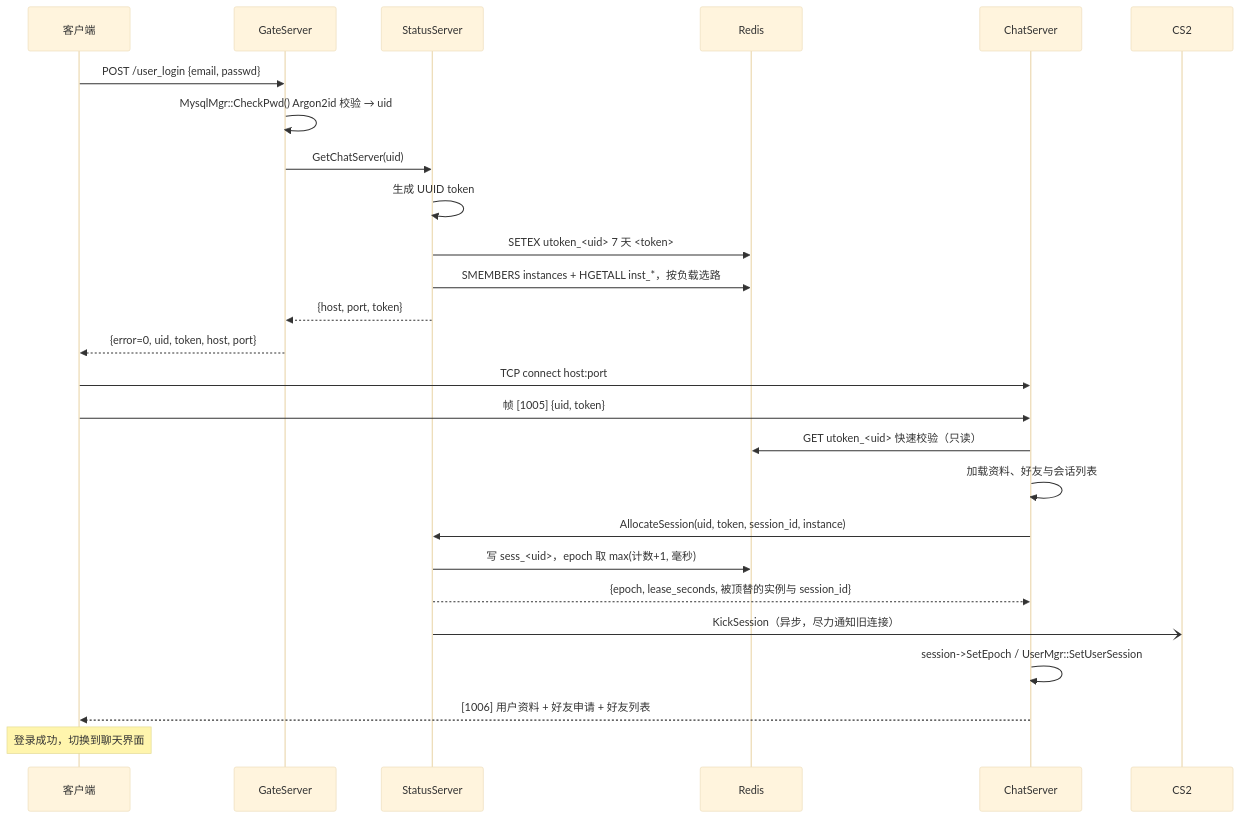
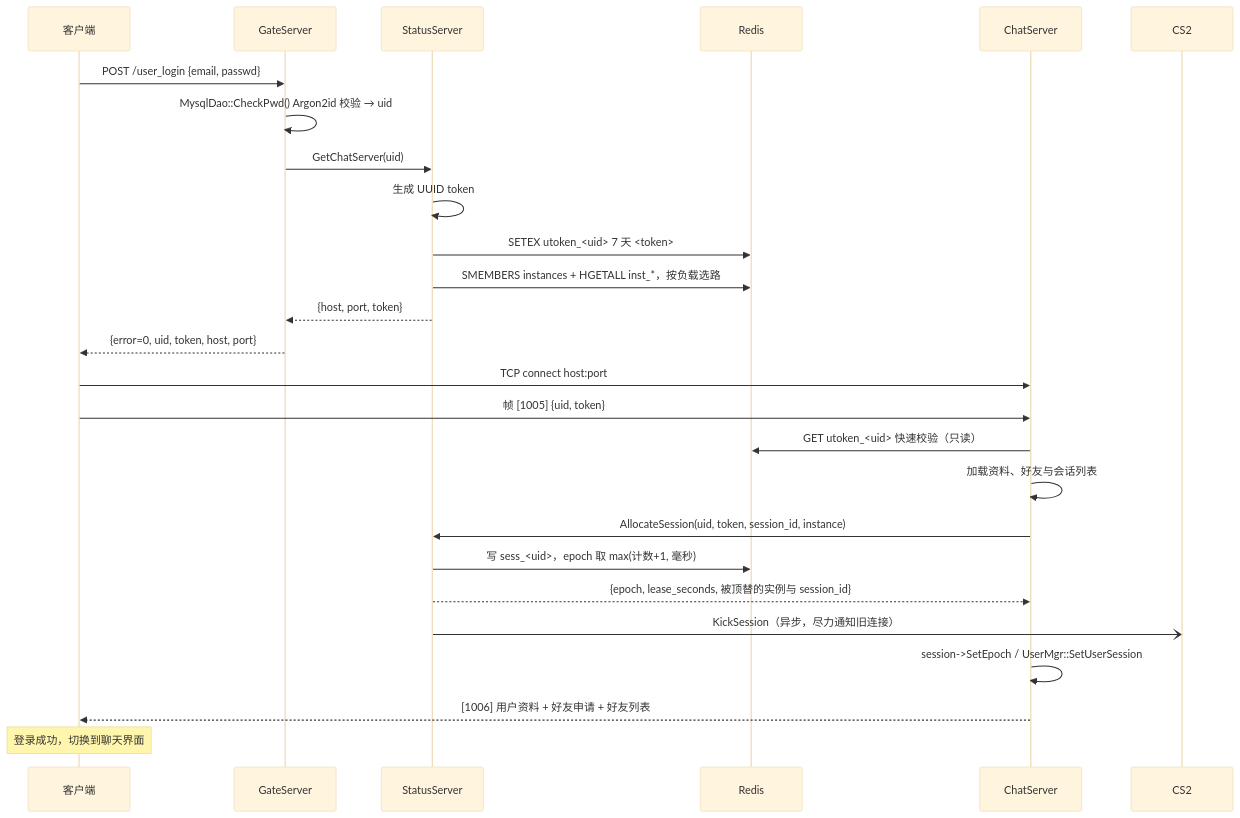
The third of 5 diagrams in docs/01-architecture.md (yrc920/yunjian), drawn with Mermaid (base theme) before and after one commit. The commit also changed other lines of this file and 133 other files, not shown here.

````diff
--- a/docs/01-architecture.md
+++ b/docs/01-architecture.md
@@ -145,29 +145,29 @@
 ```mermaid
 sequenceDiagram
     participant C as 客户端
     participant G as GateServer
     participant S as StatusServer
     participant R as Redis
     participant CS as ChatServer
 
     C->>G: POST /user_login {email, passwd}
-    G->>G: MysqlMgr::CheckPwd() Argon2id 校验 → uid
+    G->>G: MysqlDao::CheckPwd() Argon2id 校验 → uid
     G->>S: GetChatServer(uid)
     S->>S: 生成 UUID token
     S->>R: SETEX utoken_#lt;uid#gt; 7 天 #lt;token#gt;
     S->>R: SMEMBERS instances + HGETALL inst_*，按负载选路
     S-->>G: {host, port, token}
     G-->>C: {error=0, uid, token, host, port}
 
     C->>CS: TCP connect host:port
     C->>CS: 帧 [1005] {uid, token}
     CS->>R: GET utoken_#lt;uid#gt; 快速校验（只读）
     CS->>CS: 加载资料、好友与会话列表
     CS->>S: AllocateSession(uid, token, session_id, instance)
     S->>R: 写 sess_#lt;uid#gt;，epoch 取 max(计数+1, 毫秒)
     S-->>CS: {epoch, lease_seconds, 被顶替的实例与 session_id}
     S-)CS2: KickSession（异步，尽力通知旧连接）
     CS->>CS: session->SetEpoch / UserMgr::SetUserSession
     CS-->>C: [1006] 用户资料 + 好友申请 + 好友列表
     Note over C: 登录成功，切换到聊天界面
 ```
````
